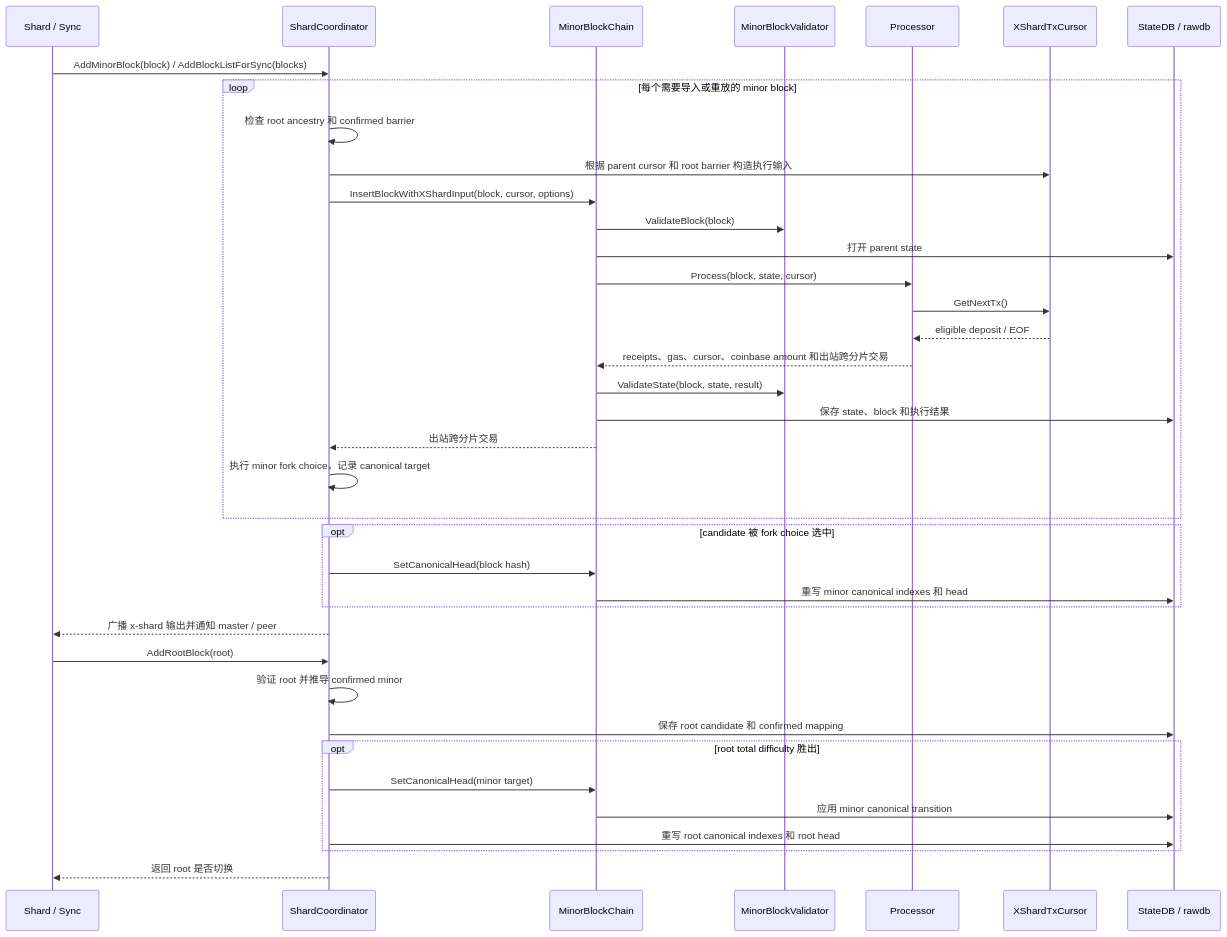
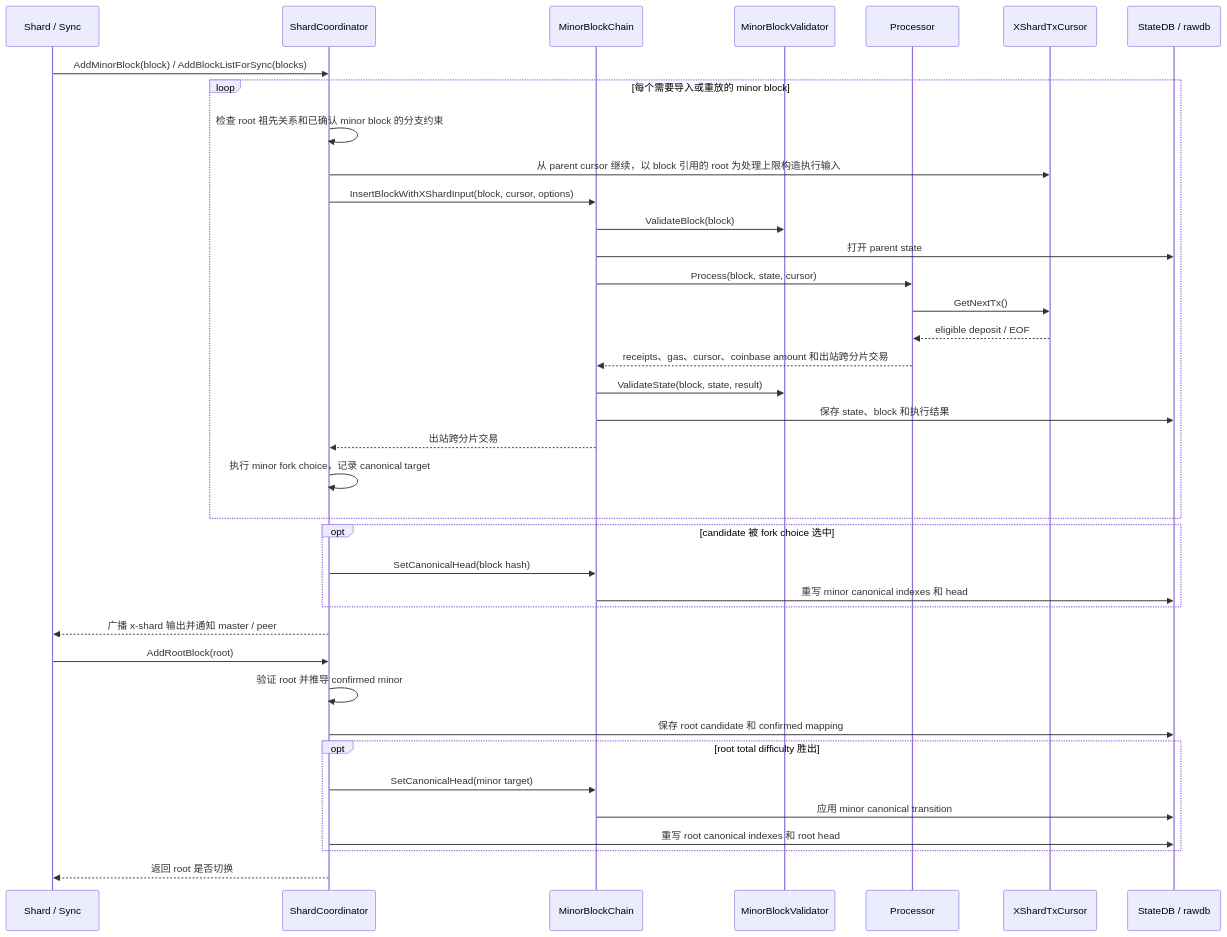
Before and after one commit to QuarkChain/goshard: the second of 2 diagrams in docs/quarkchain/minor-chain-layered-architecture.md, drawn with Mermaid. The commit also changed other lines of this file and 1 other file, not shown here.

````diff
--- a/docs/quarkchain/minor-chain-layered-architecture.md
+++ b/docs/quarkchain/minor-chain-layered-architecture.md
@@ -134,42 +134,42 @@
 ```mermaid
 sequenceDiagram
     participant S as Shard / Sync
     participant C as ShardCoordinator
     participant M as MinorBlockChain
     participant V as MinorBlockValidator
     participant P as Processor
     participant X as XShardTxCursor
     participant D as StateDB / rawdb
 
     S->>C: AddMinorBlock(block) / AddBlockListForSync(blocks)
     loop 每个需要导入或重放的 minor block
-        C->>C: 检查 root ancestry 和 confirmed barrier
-        C->>X: 根据 parent cursor 和 root barrier 构造执行输入
+        C->>C: 检查 root 祖先关系和已确认 minor block 的分支约束
+        C->>X: 从 parent cursor 继续，以 block 引用的 root 为处理上限构造执行输入
         C->>M: InsertBlockWithXShardInput(block, cursor, options)
         M->>V: ValidateBlock(block)
         M->>D: 打开 parent state
         M->>P: Process(block, state, cursor)
         P->>X: GetNextTx()
         X-->>P: eligible deposit / EOF
         P-->>M: receipts、gas、cursor、coinbase amount 和出站跨分片交易
         M->>V: ValidateState(block, state, result)
         M->>D: 保存 state、block 和执行结果
         M-->>C: 出站跨分片交易
         C->>C: 执行 minor fork choice，记录 canonical target
     end
     opt candidate 被 fork choice 选中
         C->>M: SetCanonicalHead(block hash)
         M->>D: 重写 minor canonical indexes 和 head
     end
     C-->>S: 广播 x-shard 输出并通知 master / peer
 
     S->>C: AddRootBlock(root)
     C->>C: 验证 root 并推导 confirmed minor
     C->>D: 保存 root candidate 和 confirmed mapping
     opt root total difficulty 胜出
         C->>M: SetCanonicalHead(minor target)
         M->>D: 应用 minor canonical transition
         C->>D: 重写 root canonical indexes 和 root head
     end
     C-->>S: 返回 root 是否切换
 ```
````
